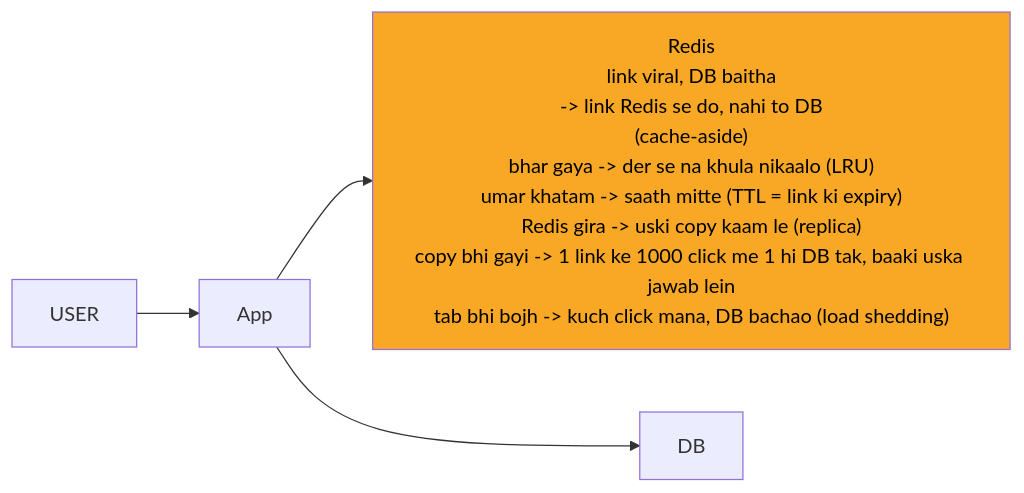
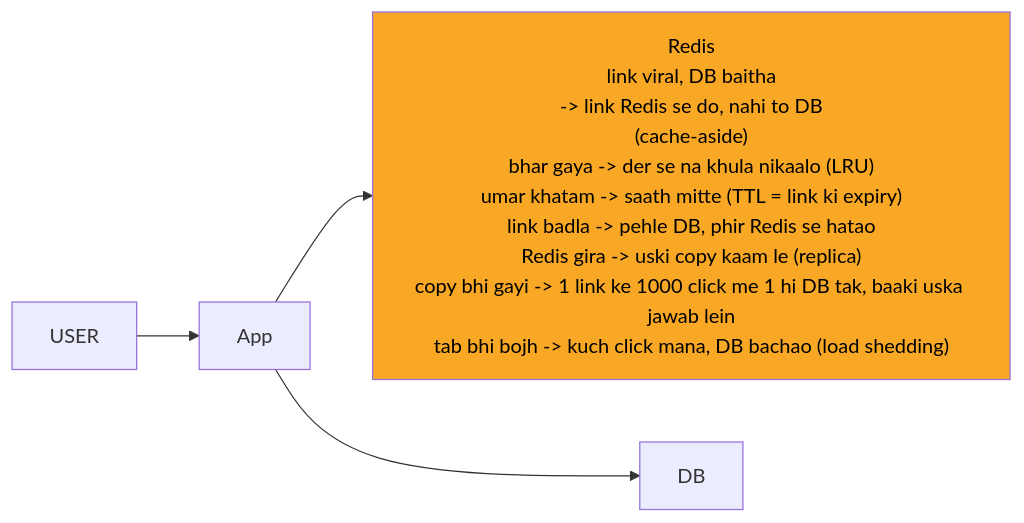
One commit to ArpanMaheshwari144/Prep changed the second of 10 diagrams in 04_HLD/SYSTEM_DESIGNS/01_url_shortener/01_url_shortener.md. Above: the diagram before and after it, drawn with Mermaid. The commit also changed other lines of this file and 4 other files, not shown here.

````diff
--- a/04_HLD/SYSTEM_DESIGNS/01_url_shortener/01_url_shortener.md
+++ b/04_HLD/SYSTEM_DESIGNS/01_url_shortener/01_url_shortener.md
@@ -113,12 +113,12 @@
 ```mermaid
 %%{init: {"flowchart": {"wrappingWidth": 450}}}%%
 flowchart LR
     n_USER["USER"]
     n_App["App"]
-    n_Redis["Redis<br/>link viral, DB baitha<br/>-> link Redis se do, nahi to DB<br/>(cache-aside)<br/>bhar gaya -> der se na khula nikaalo (LRU)<br/>umar khatam -> saath mitte (TTL = link ki expiry)<br/>Redis gira -> uski copy kaam le (replica)<br/>copy bhi gayi -> 1 link ke 1000 click me 1 hi DB tak, baaki uska jawab lein<br/>tab bhi bojh -> kuch click mana, DB bachao (load shedding)"]
+    n_Redis["Redis<br/>link viral, DB baitha<br/>-> link Redis se do, nahi to DB<br/>(cache-aside)<br/>bhar gaya -> der se na khula nikaalo (LRU)<br/>umar khatam -> saath mitte (TTL = link ki expiry)<br/>link badla -> pehle DB, phir Redis se hatao<br/>Redis gira -> uski copy kaam le (replica)<br/>copy bhi gayi -> 1 link ke 1000 click me 1 hi DB tak, baaki uska jawab lein<br/>tab bhi bojh -> kuch click mana, DB bachao (load shedding)"]
     n_DB["DB"]
     n_USER --> n_App
     n_App --> n_Redis
     n_App --> n_DB
     style n_Redis fill:#f9a825,color:#000
 ```
````
